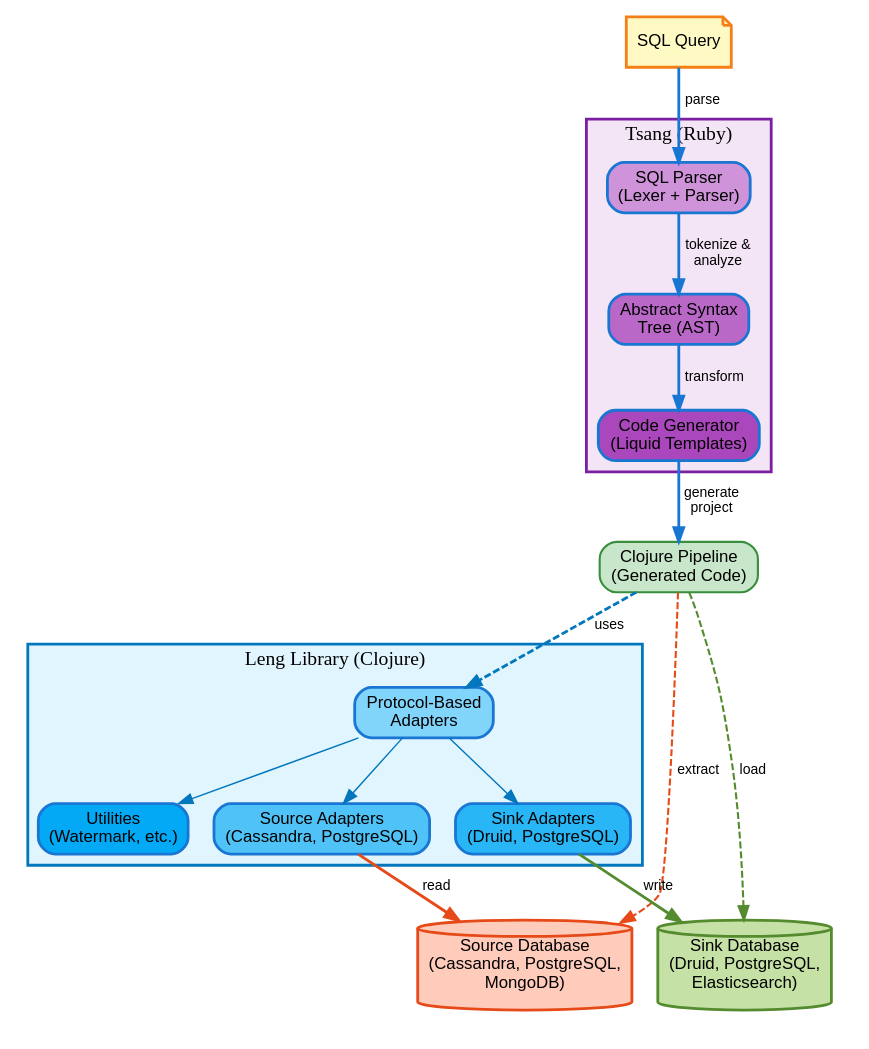
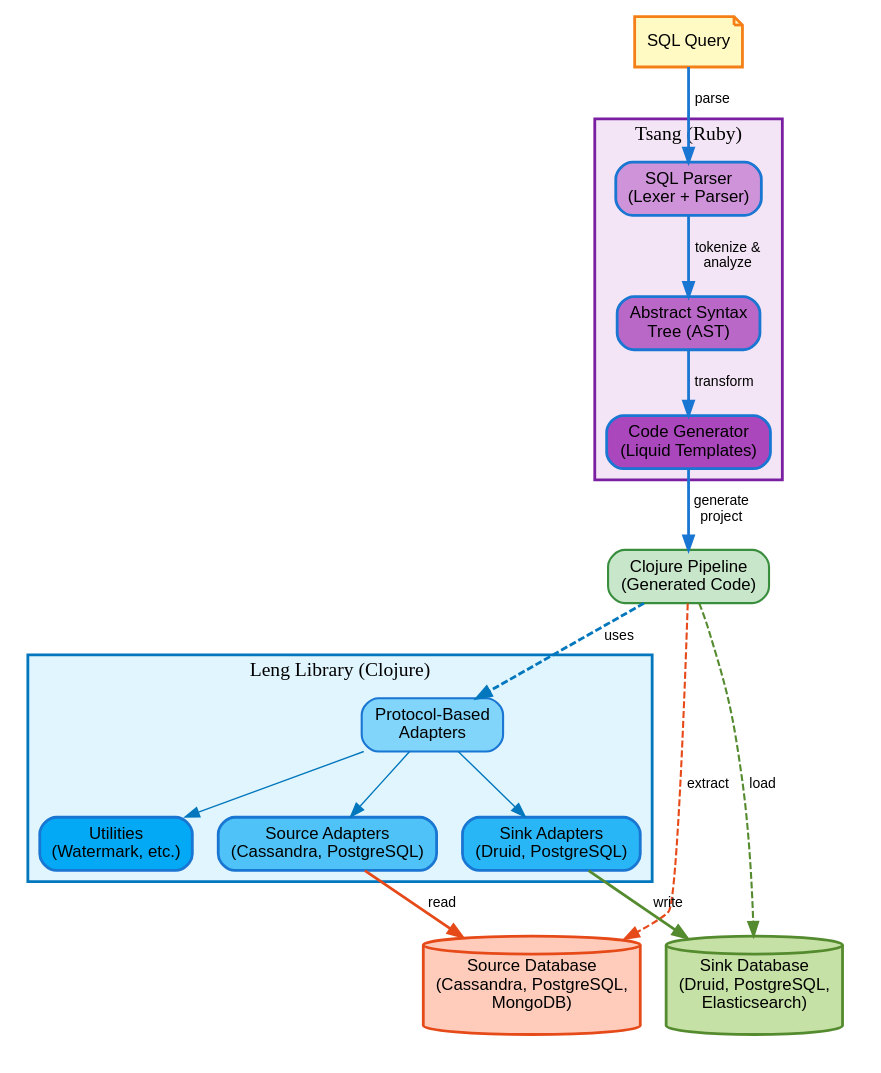
The diagram in docs/architecture.dot (Griaustinis-Media/tnl), drawn with Graphviz before and after one commit. The commit also changed 3 other files, not shown here.

Commit message:
Fix text in diagram

```diff
--- a/docs/architecture.dot
+++ b/docs/architecture.dot
@@ -1,69 +1,70 @@
 digraph TNL_Architecture {
     rankdir=TB;
     node [shape=box, style="rounded,filled", fontname="Arial", fontsize=12];
+    node [margin="0.12,0.08"];
     edge [fontname="Arial", fontsize=10];
     
     // Define node styles
     node [fillcolor="#E3F2FD", color="#1976D2", penwidth=2];
     
     // Input
     SQL [label="SQL Query", shape=note, fillcolor="#FFF9C4", color="#F57F17"];
     
     // Tsang components
     subgraph cluster_tsang {
         label="Tsang (Ruby)";
         style=filled;
         fillcolor="#F3E5F5";
         color="#7B1FA2";
         penwidth=2;
         
         Parser [label="SQL Parser\n(Lexer + Parser)", fillcolor="#CE93D8"];
         AST [label="Abstract Syntax\nTree (AST)", fillcolor="#BA68C8"];
         CodeGen [label="Code Generator\n(Liquid Templates)", fillcolor="#AB47BC"];
     }
     
     // Generated output
     Pipeline [label="Clojure Pipeline\n(Generated Code)", fillcolor="#C8E6C9", color="#388E3C", penwidth=1.5];
     
     // Leng library
     subgraph cluster_leng {
         label="Leng Library (Clojure)";
         style=filled;
         fillcolor="#E1F5FE";
         color="#0277BD";
         penwidth=2;
         
-        Adapters [label="Protocol-Based\nAdapters", fillcolor="#81D4FA"];
+        Adapters [label="Protocol-Based\nAdapters", fillcolor="#81D4FA", penwidth=1.5];
         Sources [label="Source Adapters\n(Cassandra, PostgreSQL)", fillcolor="#4FC3F7"];
         Sinks [label="Sink Adapters\n(Druid, PostgreSQL)", fillcolor="#29B6F6"];
         Utils [label="Utilities\n(Watermark, etc.)", fillcolor="#03A9F4"];
     }
     
     // Databases
     subgraph cluster_databases {
         label="";
         style=invis;
         
         SourceDB [label="Source Database\n(Cassandra, PostgreSQL,\nMongoDB)", 
                   shape=cylinder, fillcolor="#FFCCBC", color="#E64A19"];
         SinkDB [label="Sink Database\n(Druid, PostgreSQL,\nElasticsearch)", 
                 shape=cylinder, fillcolor="#C5E1A5", color="#558B2F"];
     }
     
     // Flow arrows
     SQL -> Parser [label="  parse", color="#1976D2", penwidth=2];
     Parser -> AST [label="  tokenize &\n  analyze", color="#1976D2", penwidth=2];
     AST -> CodeGen [label="  transform", color="#1976D2", penwidth=2];
     CodeGen -> Pipeline [label="  generate\n  project", color="#1976D2", penwidth=2];
     
     Pipeline -> Adapters [label="  uses", color="#0277BD", penwidth=2, style=dashed];
     Adapters -> Sources [color="#0277BD"];
     Adapters -> Sinks [color="#0277BD"];
     Adapters -> Utils [color="#0277BD"];
     
     Sources -> SourceDB [label="  read", color="#E64A19", penwidth=2];
     Sinks -> SinkDB [label="  write", color="#558B2F", penwidth=2];
     
     Pipeline -> SourceDB [label="  extract", color="#E64A19", penwidth=1.5, style=dashed];
     Pipeline -> SinkDB [label="  load", color="#558B2F", penwidth=1.5, style=dashed];
 }
```
